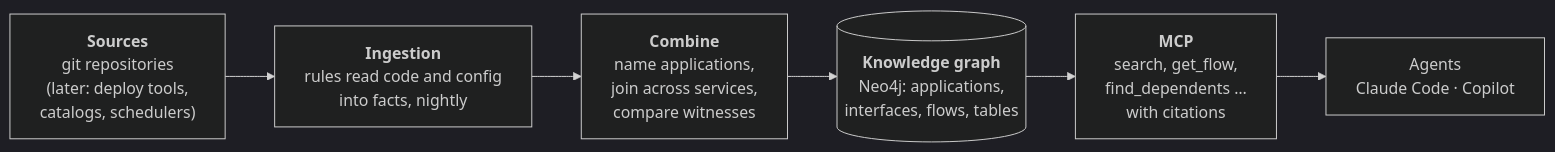
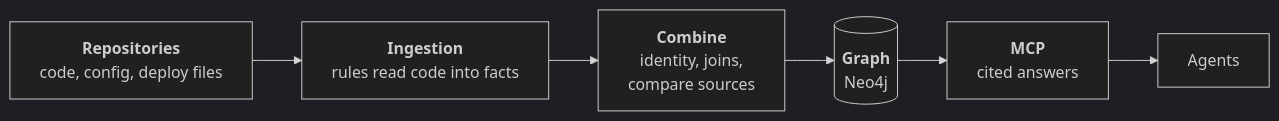
Before and after one commit to KBavis/steno: the diagram in docs/README.md, drawn with Mermaid (dark theme). The commit also changed other lines of this file and 35 other files, not shown here.

First line of the commit message:
docs: simplify the docs and record D150 (flows-first routing)

````diff
--- a/docs/README.md
+++ b/docs/README.md
@@ -18,10 +11,8 @@
 ```mermaid
 flowchart LR
-    S["<b>Sources</b><br/>git repositories<br/>(later: deploy tools,<br/>catalogs, schedulers)"]
-    I["<b>Ingestion</b><br/>rules read code and config<br/>into facts, nightly"]
-    C["<b>Combine</b><br/>name applications,<br/>join across services,<br/>compare witnesses"]
-    G[("<b>Knowledge graph</b><br/>Neo4j: applications,<br/>interfaces, flows, tables")]
-    M["<b>MCP</b><br/>search, get_flow,<br/>find_dependents …<br/>with citations"]
-    S --> I --> C --> G --> M
-    M --> A["Agents<br/>Claude Code · Copilot"]
+    S["<b>Repositories</b><br/>code, config, deploy files"] --> I["<b>Ingestion</b><br/>rules read code into facts"]
+    I --> C["<b>Combine</b><br/>identity, joins,<br/>compare sources"]
+    C --> G[("<b>Graph</b><br/>Neo4j")]
+    G --> M["<b>MCP</b><br/>cited answers"]
+    M --> A["Agents"]
 ```
````
